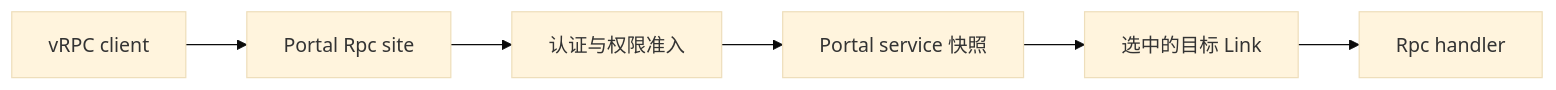
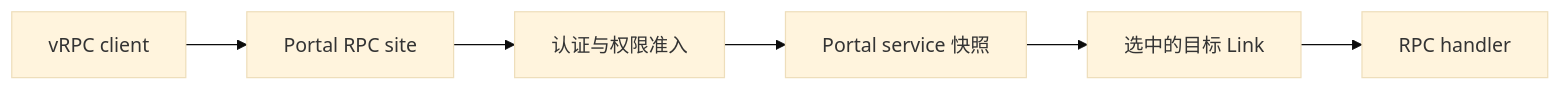
One commit to yorun-ai/vine-site changed the third of 5 diagrams in i18n/zh-CN/docusaurus-plugin-content-docs/current/runtime/request-routing.md. Above: the diagram before and after it, drawn with Mermaid (base theme). The commit also changed other lines of this file and 22 other files, not shown here.

````diff
--- a/i18n/zh-CN/docusaurus-plugin-content-docs/current/runtime/request-routing.md
+++ b/i18n/zh-CN/docusaurus-plugin-content-docs/current/runtime/request-routing.md
@@ -99,7 +99,7 @@
 ```mermaid
 flowchart LR
-  Client["vRPC client"] --> Portal["Portal Rpc site"]
+  Client["vRPC client"] --> Portal["Portal RPC site"]
   Portal --> Admission["认证与权限准入"]
   Admission --> Route["Portal service 快照"]
-  Route --> Link["选中的目标 Link"] --> App["Rpc handler"]
+  Route --> Link["选中的目标 Link"] --> App["RPC handler"]
 ```
````
